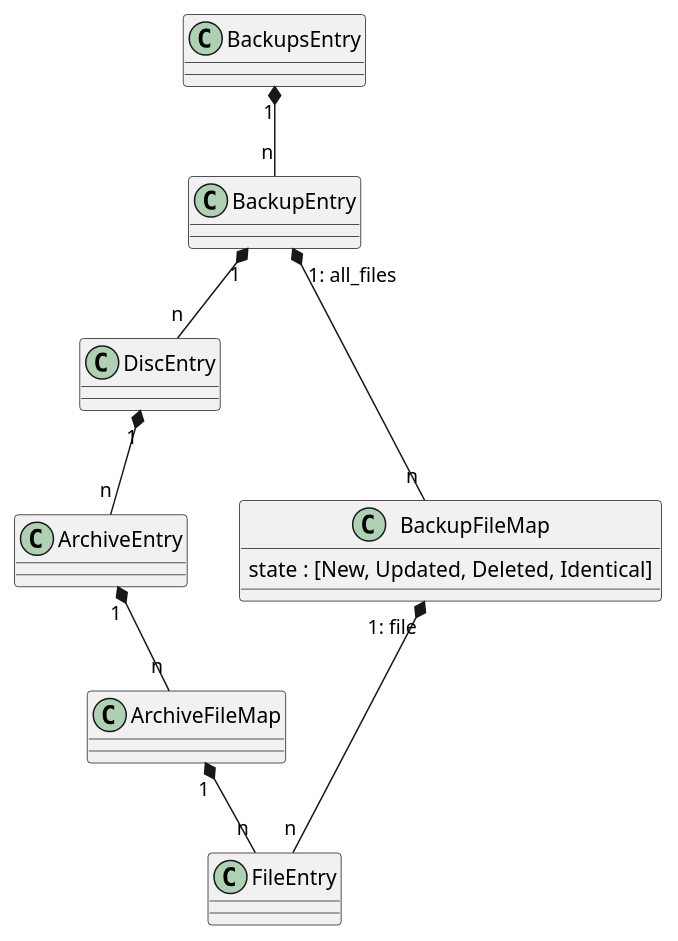
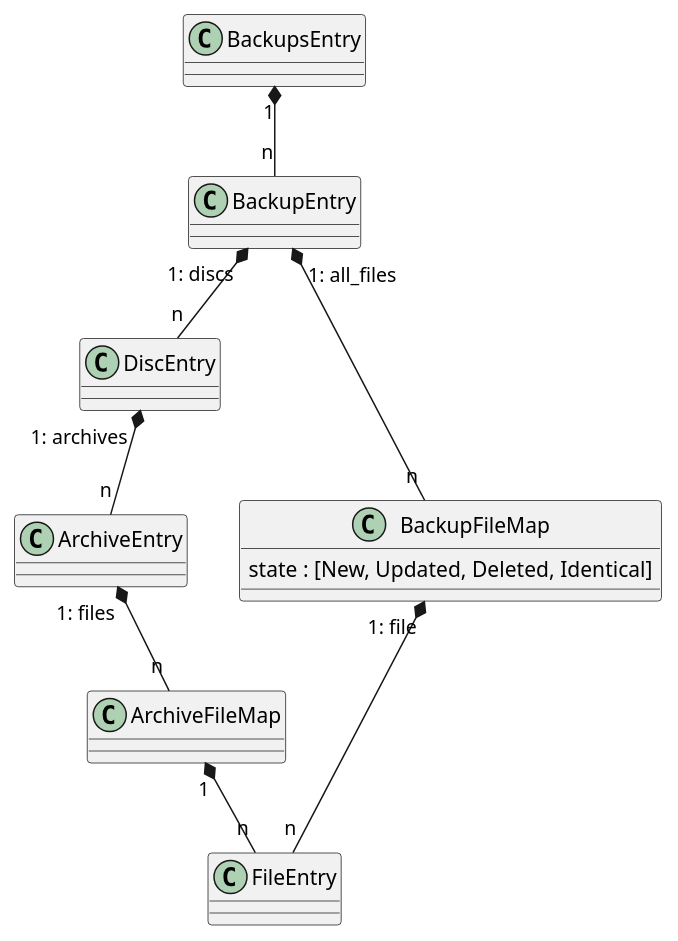
One commit to markus-seidl/pybutcherbackup changed the diagram in backup/db/db.puml. Above: the diagram before and after it, drawn with PlantUML. The commit also changed 5 other files, not shown here.

```diff
--- a/backup/db/db.puml
+++ b/backup/db/db.puml
@@ -1,17 +1,17 @@
 @startuml
 
 BackupsEntry  "1" *-- "n" BackupEntry
-BackupEntry "1" *-- "n" DiscEntry
-DiscEntry "1" *-- "n" ArchiveEntry
+BackupEntry "1: discs" *-- "n" DiscEntry
+DiscEntry "1: archives" *-- "n" ArchiveEntry
 
-ArchiveEntry "1" *-- "n" ArchiveFileMap
+ArchiveEntry "1: files" *-- "n" ArchiveFileMap
 ArchiveFileMap "1" *-- "n" FileEntry
 
 BackupEntry "1: all_files" *-- "n" BackupFileMap
 BackupFileMap "1: file" *-- "n" FileEntry
 
 class BackupFileMap {
     state : [New, Updated, Deleted, Identical]
 }
 
 @enduml
```
